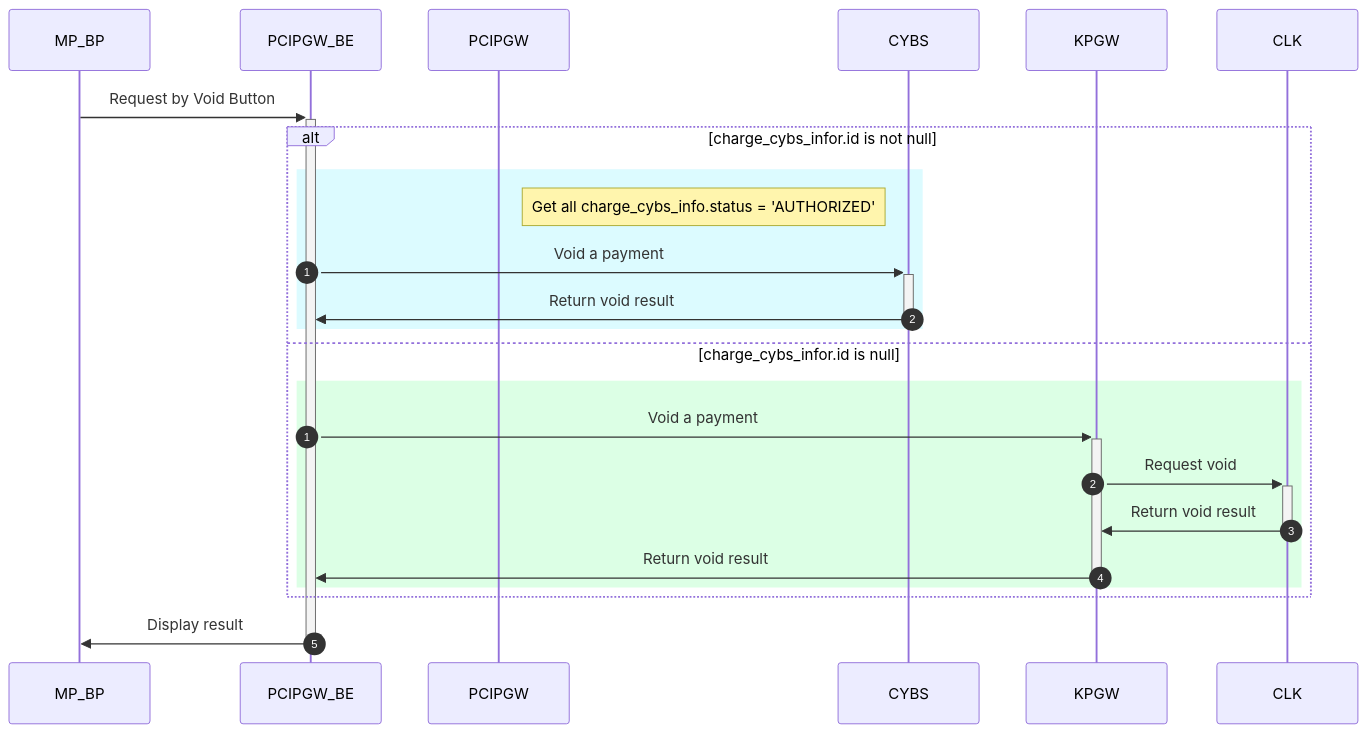
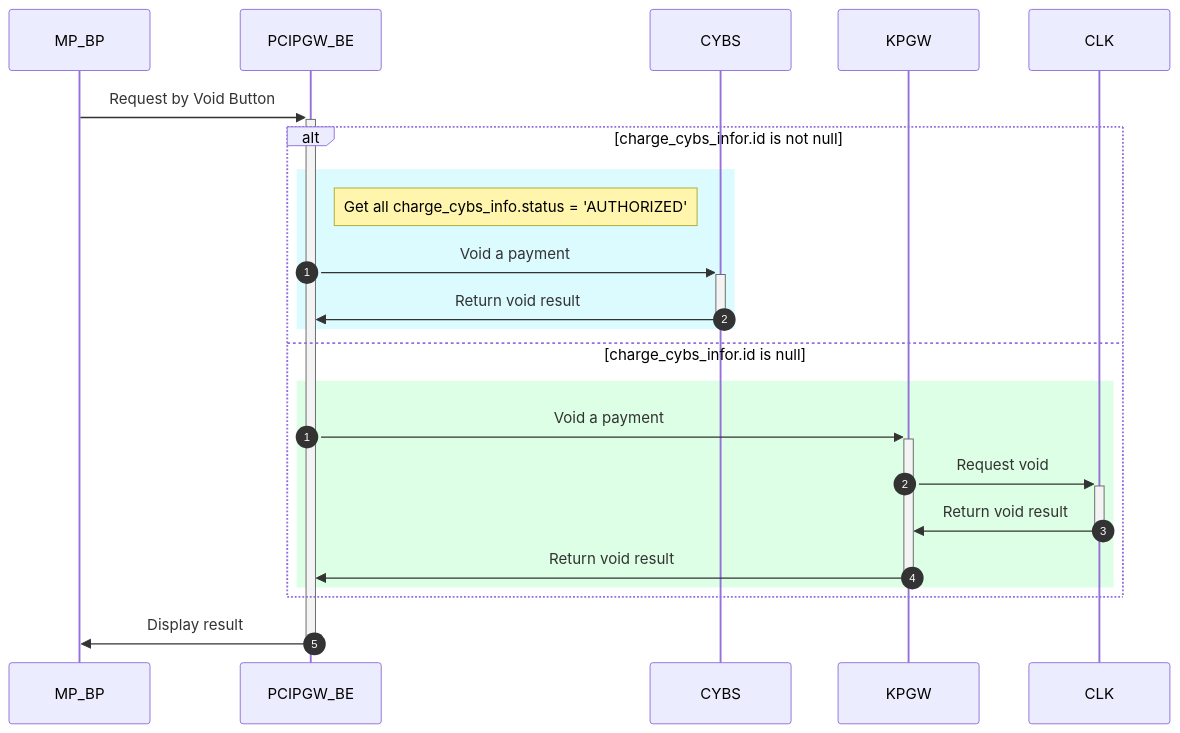
Before and after one commit to yuusuke25/MyNotes: the second of 3 diagrams in Cybs-Ph2-Flow2.md, drawn with Mermaid.

````diff
--- a/Cybs-Ph2-Flow2.md
+++ b/Cybs-Ph2-Flow2.md
@@ -41,21 +41,21 @@
 ```mermaid
     sequenceDiagram
         MP_BP->>+PCIPGW_BE:Request by Void Button
         alt charge_cybs_infor.id is not null
             rect rgb(220, 251, 255)
-                Note right of PCIPGW: Get all charge_cybs_info.status = 'AUTHORIZED'
+                Note right of PCIPGW_BE: Get all charge_cybs_info.status = 'AUTHORIZED'
                 autonumber 1
                 PCIPGW_BE->>+CYBS:Void a payment
                 CYBS->>-PCIPGW_BE:Return void result
             end
         else charge_cybs_infor.id is null
             rect rgb(220, 255, 229)
                 autonumber 1
                 PCIPGW_BE->>+KPGW:Void a payment
                 KPGW->>+CLK:Request void
                 CLK->>-KPGW:Return void result
                 KPGW->>-PCIPGW_BE:Return void result
             end
         end
         PCIPGW_BE->>-MP_BP:Display result
 ```
````
